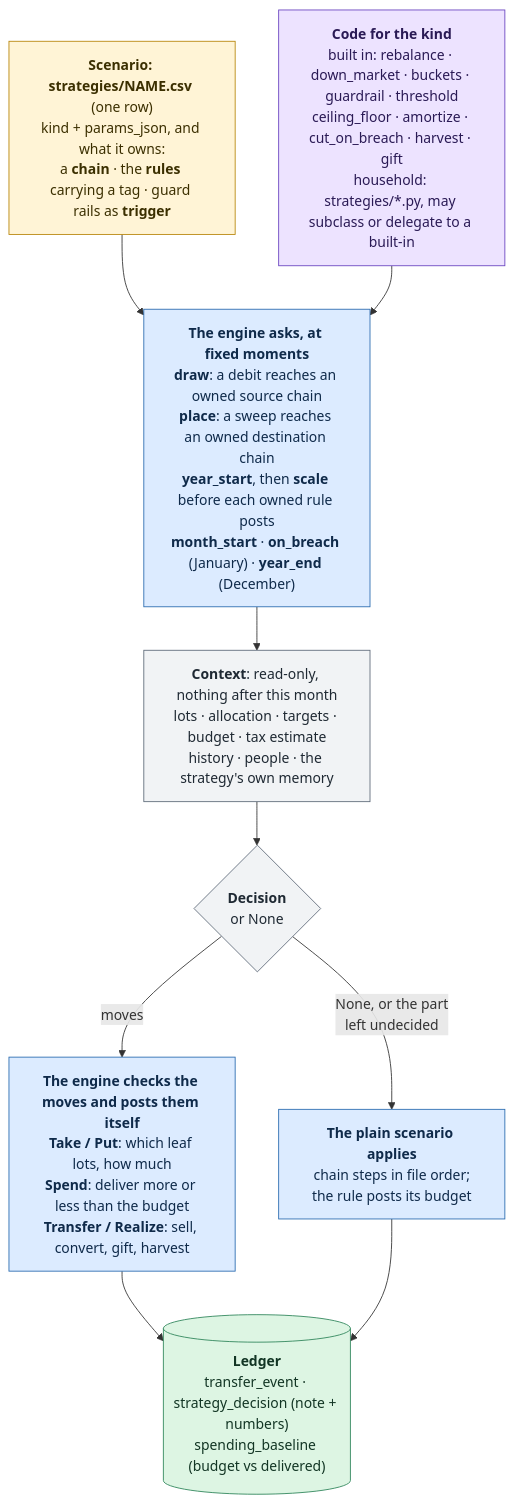
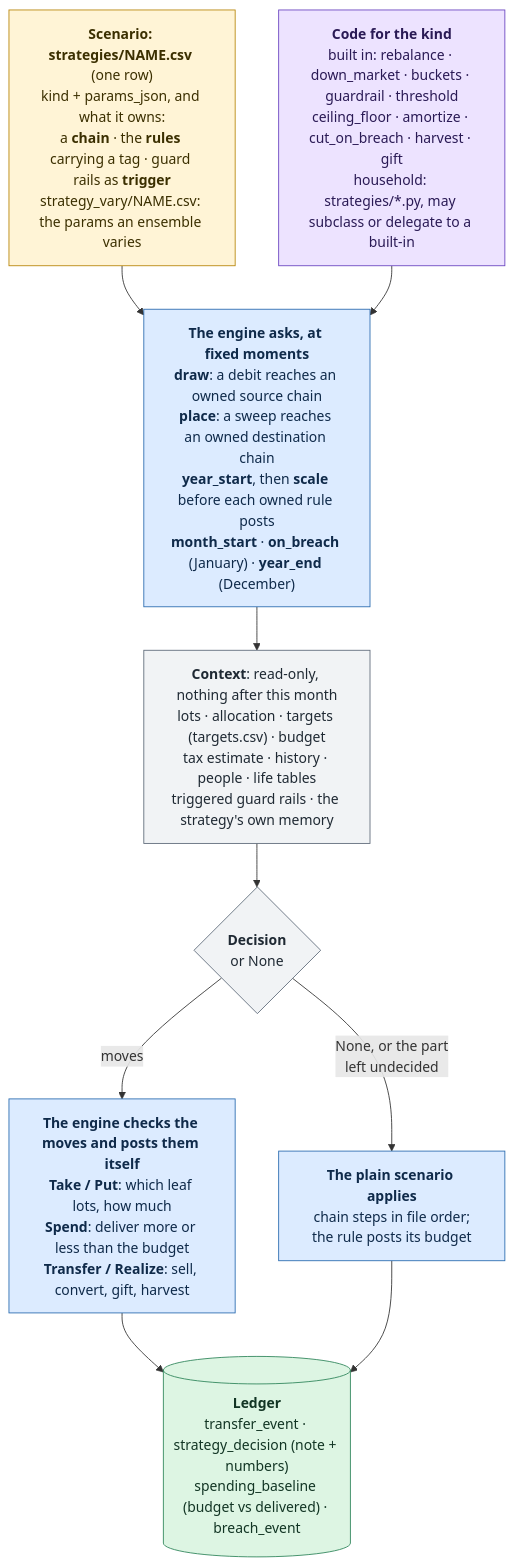
The eighth of 13 diagrams in docs/architecture/README.md (BobKerns/analysis), drawn with Mermaid before and after one commit. The commit also changed other lines of this file, not shown here.

First line of the commit message:
Architecture README: inputs, ensemble batches, file tables, a worked merge

````diff
--- a/docs/architecture/README.md
+++ b/docs/architecture/README.md
@@ -308,35 +396,35 @@
 ```mermaid
 flowchart TB
-  def["<b>Scenario: strategies/NAME.csv</b> (one row)<br/>kind + params_json, and what it owns:<br/>a <b>chain</b> · the <b>rules</b> carrying a tag · guard rails as <b>trigger</b>"]
+  def["<b>Scenario: strategies/NAME.csv</b> (one row)<br/>kind + params_json, and what it owns:<br/>a <b>chain</b> · the <b>rules</b> carrying a tag · guard rails as <b>trigger</b><br/>strategy_vary/NAME.csv: the params an ensemble varies"]
   code["<b>Code for the kind</b><br/>built in: rebalance · down_market · buckets · guardrail · threshold<br/>ceiling_floor · amortize · cut_on_breach · harvest · gift<br/>household: strategies/*.py, may subclass or delegate to a built-in"]
 
   ask["<b>The engine asks, at fixed moments</b><br/><b>draw</b>: a debit reaches an owned source chain<br/><b>place</b>: a sweep reaches an owned destination chain<br/><b>year_start</b>, then <b>scale</b> before each owned rule posts<br/><b>month_start</b> · <b>on_breach</b> (January) · <b>year_end</b> (December)"]
 
-  ctx["<b>Context</b>: read-only, nothing after this month<br/>lots · allocation · targets · budget · tax estimate<br/>history · people · the strategy's own memory"]
+  ctx["<b>Context</b>: read-only, nothing after this month<br/>lots · allocation · targets (targets.csv) · budget<br/>tax estimate · history · people · life tables<br/>triggered guard rails · the strategy's own memory"]
 
   dec{"<b>Decision</b><br/>or None"}
 
   post["<b>The engine checks the moves and posts them itself</b><br/><b>Take / Put</b>: which leaf lots, how much<br/><b>Spend</b>: deliver more or less than the budget<br/><b>Transfer / Realize</b>: sell, convert, gift, harvest"]
   fall["<b>The plain scenario applies</b><br/>chain steps in file order;<br/>the rule posts its budget"]
-  led[("<b>Ledger</b><br/>transfer_event · strategy_decision (note + numbers)<br/>spending_baseline (budget vs delivered)")]
+  led[("<b>Ledger</b><br/>transfer_event · strategy_decision (note + numbers)<br/>spending_baseline (budget vs delivered) · breach_event")]
 
   def --> ask
   code --> ask
   ask --> ctx --> dec
   dec -->|moves| post
   dec -->|"None, or the part<br/>left undecided"| fall
   post --> led
   fall --> led
 
   class def input
   class code code
   class ask,post,fall proc
   class ctx,dec out
   class led store
   classDef input fill:#FFF4D6,stroke:#B8860B,color:#3b2f00
   classDef code fill:#EDE3FF,stroke:#6B46C1,color:#2a1a55
   classDef proc fill:#DCEBFF,stroke:#2B6CB0,color:#0f2a4a
   classDef store fill:#DDF5E3,stroke:#2F855A,color:#123524
   classDef out fill:#F1F3F5,stroke:#5F6B7A,color:#1f2933
   classDef note fill:#ffffff,stroke:#9aa5b1,color:#3e4c59,stroke-dasharray:4 3
 ```
````
